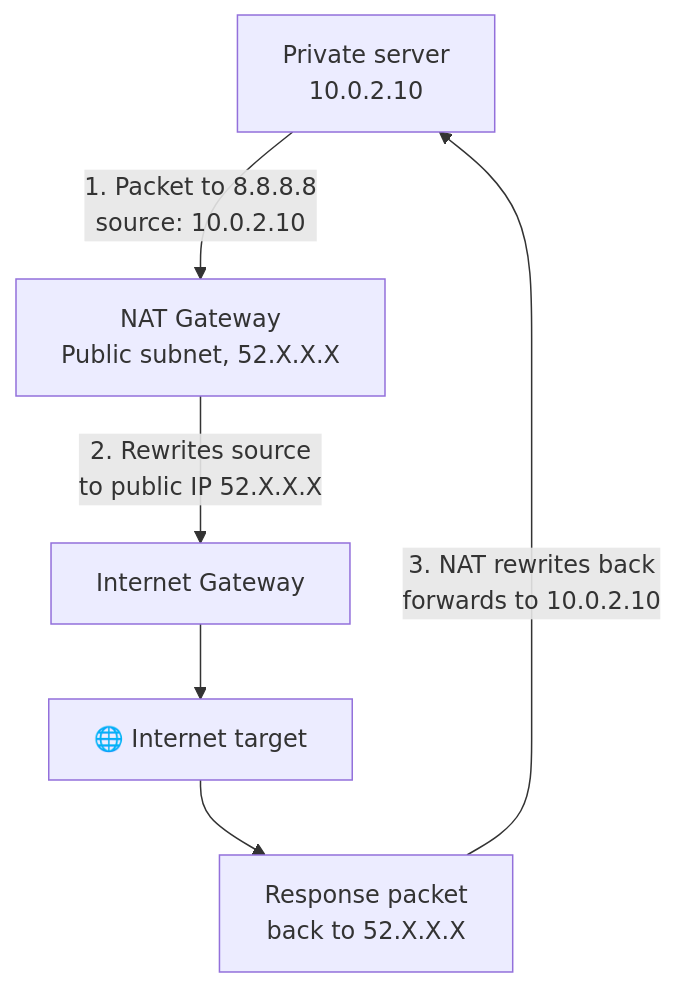
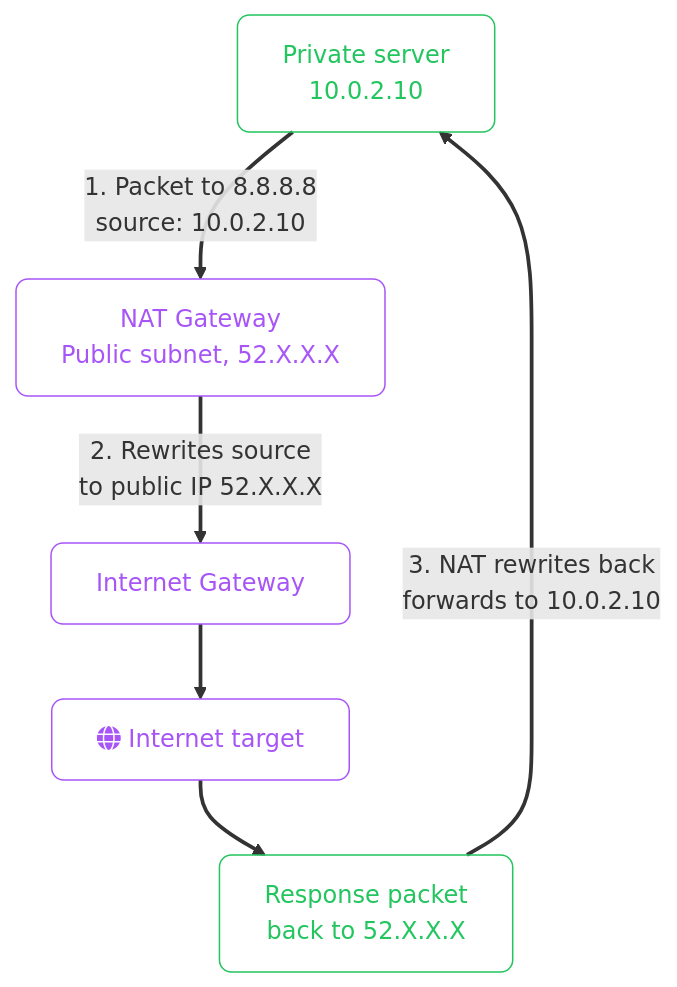
One commit to zafarale/cloudification changed the sixth of 7 diagrams in src/content/cloud/common/networking-basics.mdx. Above: the diagram before and after it, drawn with Mermaid. The commit also changed other lines of this file and 84 other files, not shown here.

````diff
--- a/src/content/cloud/common/networking-basics.mdx
+++ b/src/content/cloud/common/networking-basics.mdx
@@ -218,14 +254,20 @@
 ```mermaid
 flowchart TD
-    PRIV["Private server\n10.0.2.10"]
-    NAT["NAT Gateway\nPublic subnet, 52.X.X.X"]
-    IGW["Internet Gateway"]
-    INTERNET["🌐 Internet target"]
-    RESP["Response packet\nback to 52.X.X.X"]
+    accTitle: NAT: Outbound-Only Internet Access for Private Subnets
+    accDescr: Flowchart (td) showing Private server 10.0.2.10, NAT Gateway Public subnet, 52.X.X.X, Internet Gateway
+    classDef step fill:none,stroke:#a855f7,color:#a855f7,rx:8,ry:8
+    classDef ok   fill:none,stroke:#22c55e,color:#22c55e,rx:8,ry:8
+    linkStyle default stroke-width:2.5px
 
-    PRIV -- "1. Packet to 8.8.8.8\nsource: 10.0.2.10" --> NAT
-    NAT -- "2. Rewrites source\nto public IP 52.X.X.X" --> IGW
+    PRIV["Private server<br/>10.0.2.10"]:::ok
+    NAT["NAT Gateway<br/>Public subnet, 52.X.X.X"]:::step
+    IGW["Internet Gateway"]:::step
+    INTERNET["fa:fa-globe Internet target"]:::step
+    RESP["Response packet<br/>back to 52.X.X.X"]:::ok
+
+    PRIV -- "1. Packet to 8.8.8.8<br/>source: 10.0.2.10" --> NAT
+    NAT -- "2. Rewrites source<br/>to public IP 52.X.X.X" --> IGW
     IGW --> INTERNET
     INTERNET --> RESP
-    RESP -- "3. NAT rewrites back\nforwards to 10.0.2.10" --> PRIV
+    RESP -- "3. NAT rewrites back<br/>forwards to 10.0.2.10" --> PRIV
 ```
````
